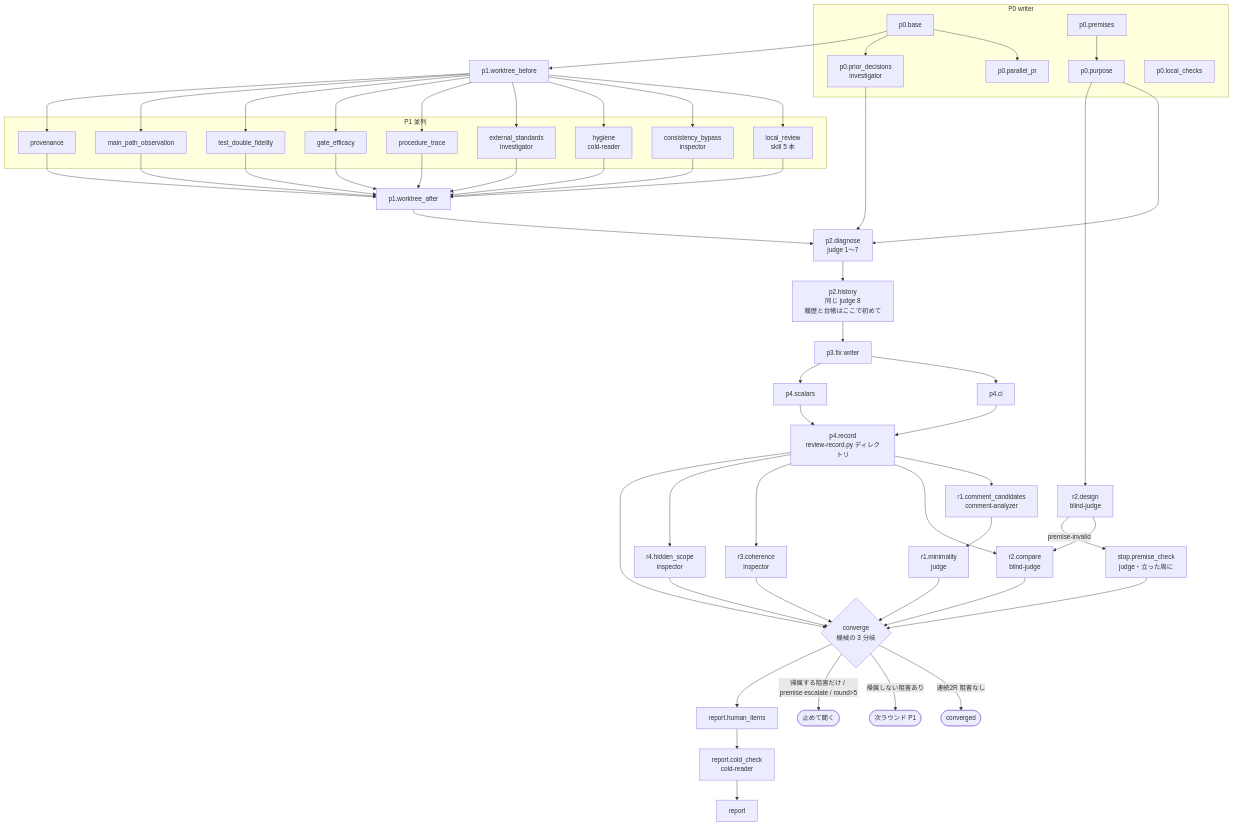
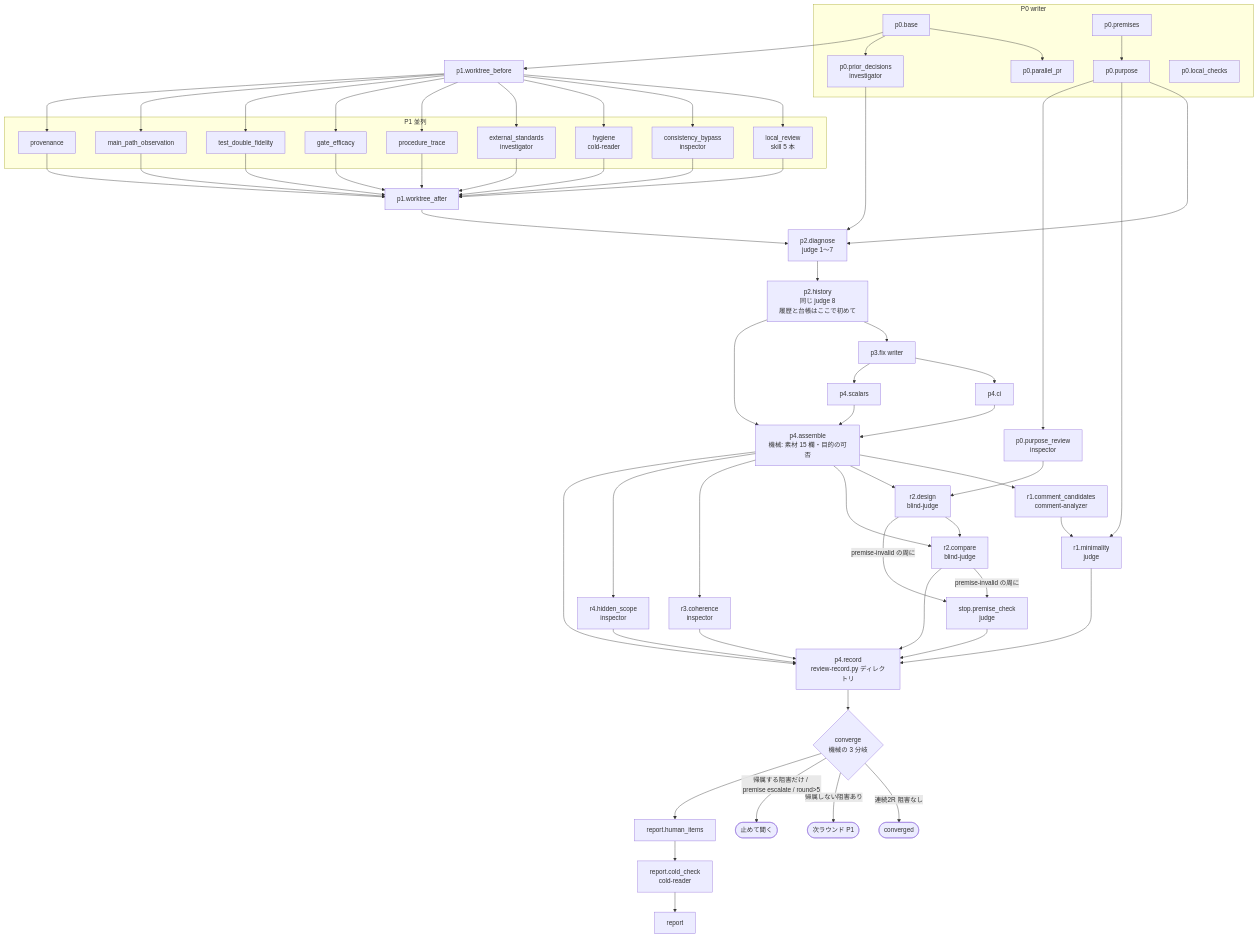
The diagram in docs/loop-graph/review-loop.md (raiki61/claude-plugins), drawn with Mermaid before and after one commit. The commit also changed other lines of this file and 33 other files, not shown here.

````diff
--- a/docs/loop-graph/review-loop.md
+++ b/docs/loop-graph/review-loop.md
@@ -19,36 +19,39 @@
 ```mermaid
 flowchart TB
   subgraph P0[P0 writer]
     base[p0.base] --> ppr[p0.parallel_pr]
     base --> pd[p0.prior_decisions<br/>investigator]
     prem[p0.premises] --> purp[p0.purpose]
     lc[p0.local_checks]
   end
   base --> wb[p1.worktree_before]
   subgraph P1[P1 並列]
     lr[local_review<br/>skill 5 本]
     cb[consistency_bypass<br/>inspector]
     hy[hygiene<br/>cold-reader]
     es[external_standards<br/>investigator]
     pt[procedure_trace]
     ge[gate_efficacy]
     td[test_double_fidelity]
     mp[main_path_observation]
     pv[provenance]
   end
   wb --> lr & cb & hy & es & pt & ge & td & mp & pv --> wa[p1.worktree_after]
   wa & pd & purp --> diag[p2.diagnose<br/>judge 1〜7]
   diag --> hist[p2.history<br/>同じ judge 8<br/>履歴と台帳はここで初めて]
   hist --> fix[p3.fix writer]
-  fix --> ci[p4.ci] & sc[p4.scalars] --> rec[p4.record<br/>review-record.py ディレクトリ]
-  rec --> cc[r1.comment_candidates<br/>comment-analyzer] --> r1[r1.minimality<br/>judge]
-  purp --> r2d[r2.design<br/>blind-judge] --> r2c[r2.compare<br/>blind-judge]
-  rec --> r2c
-  rec --> r3[r3.coherence<br/>inspector] & r4[r4.hidden_scope<br/>inspector]
-  r2d -- premise-invalid --> pc[stop.premise_check<br/>judge・立った周に]
-  rec & r1 & r2c & r3 & r4 & pc --> conv{converge<br/>機械の 3 分岐}
+  fix --> ci[p4.ci] & sc[p4.scalars] --> asm[p4.assemble<br/>機械: 素材 15 欄・目的の可否]
+  hist --> asm
+  asm --> cc[r1.comment_candidates<br/>comment-analyzer] --> r1[r1.minimality<br/>judge]
+  purp --> r1
+  purp --> prv[p0.purpose_review<br/>inspector] --> r2d[r2.design<br/>blind-judge] --> r2c[r2.compare<br/>blind-judge]
+  asm --> r2d & r2c
+  asm --> r3[r3.coherence<br/>inspector] & r4[r4.hidden_scope<br/>inspector]
+  r2d & r2c -- premise-invalid の周に --> pc[stop.premise_check<br/>judge]
+  asm & r1 & r2c & r3 & r4 & pc --> rec[p4.record<br/>review-record.py ディレクトリ]
+  rec --> conv{converge<br/>機械の 3 分岐}
   conv -- 連続2R 阻害なし --> done([converged])
   conv -- 帰属しない阻害あり --> next([次ラウンド P1])
   conv -- 帰属する阻害だけ / premise escalate / round>5 --> ask([止めて聞く])
   conv --> hi[report.human_items] --> ck[report.cold_check<br/>cold-reader] --> rep[report]
 ```
````
